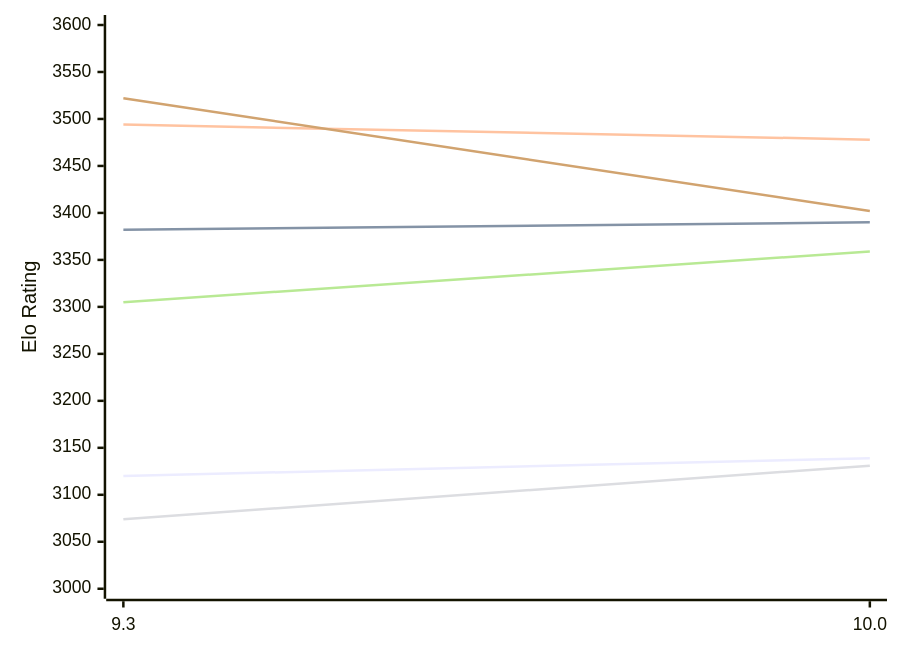
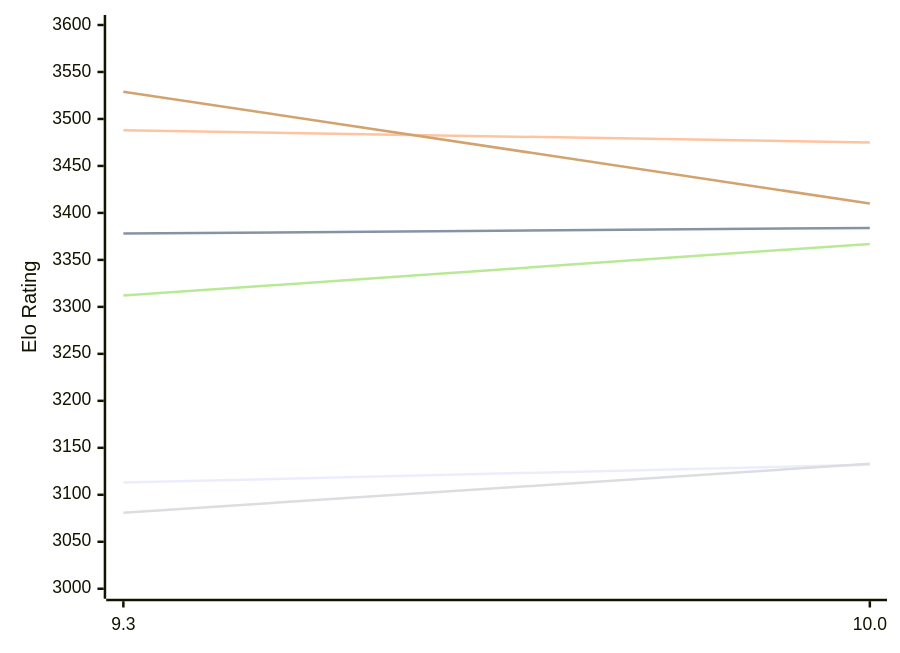
One commit to computer-chess-index/cci changed the first of 2 diagrams in engines/Fire.md. Above: the diagram before and after it, drawn with Mermaid. The commit also changed other lines of this file, not shown here.

Commit message:
Update CCI Ratings (ELO VLTC) - 2026-11-18

````diff
--- a/engines/Fire.md
+++ b/engines/Fire.md
@@ -50,12 +50,12 @@
 ```mermaid
 %%{init: {"theme":"base","themeVariables":{"seriesColors:['#a3a3a3','#222221','#faa371']}}}%%
 xychart-beta
   x-axis ["9.3", "10.0"]
   y-axis "Elo Rating" 3000 --> 3600
-  line "E1: STC (8.0+0.08s)" [3120, 3139]
-  line "E1: LTC (60.0+0.60s)" [3382, 3390]
-  line "E1: VLTC (2m24s+1.12s)" [3494, 3478]
-  line "P1: STC (8.0+0.08s)" [3074, 3131]
-  line "P1: LTC (60.0+0.60s)" [3305, 3359]
-  line "P1: VLTC (2m24s+1.12s)" [3522, 3402]
+  line "E1: STC (8.0+0.08s)" [3113, 3132]
+  line "E1: LTC (60.0+0.60s)" [3378, 3384]
+  line "E1: VLTC (2m24s+1.12s)" [3488, 3475]
+  line "P1: STC (8.0+0.08s)" [3081, 3133]
+  line "P1: LTC (60.0+0.60s)" [3312, 3367]
+  line "P1: VLTC (2m24s+1.12s)" [3529, 3410]
 ```
````
